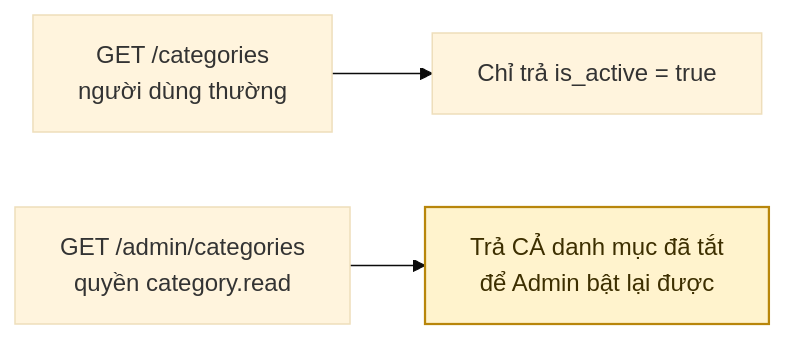
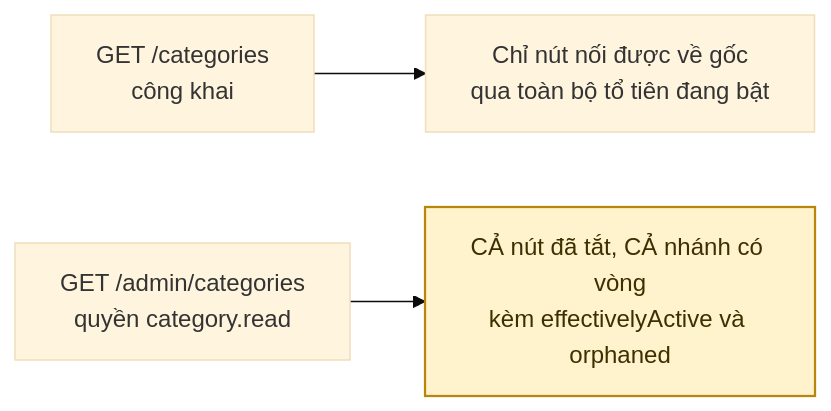
One commit to fdshn/trueheart changed the fifth of 5 diagrams in docs/diagram/22-category.md. Above: the diagram before and after it, drawn with Mermaid (base theme). The commit also changed other lines of this file and 37 other files, not shown here.

First line of the commit message:
feat(category): chặn vòng cây, lọc lấy cả nhánh, gộp danh mục, và bốn ràng buộc được kiểm thật

````diff
--- a/docs/diagram/22-category.md
+++ b/docs/diagram/22-category.md
@@ -57,7 +177,7 @@
 ```mermaid
 flowchart LR
-    A["GET /categories<br/>người dùng thường"] --> B["Chỉ trả is_active = true"]
-    C["GET /admin/categories<br/>quyền category.read"] --> D["Trả CẢ danh mục đã tắt<br/>để Admin bật lại được"]
+    A["GET /categories<br/>công khai"] --> B["Chỉ nút nối được về gốc<br/>qua toàn bộ tổ tiên đang bật"]
+    C["GET /admin/categories<br/>quyền category.read"] --> D["CẢ nút đã tắt, CẢ nhánh có vòng<br/>kèm effectivelyActive và orphaned"]
 
     style D fill:#fff3cd,stroke:#b8860b,stroke-width:1.5px,color:#3d2f00
 ```
````
